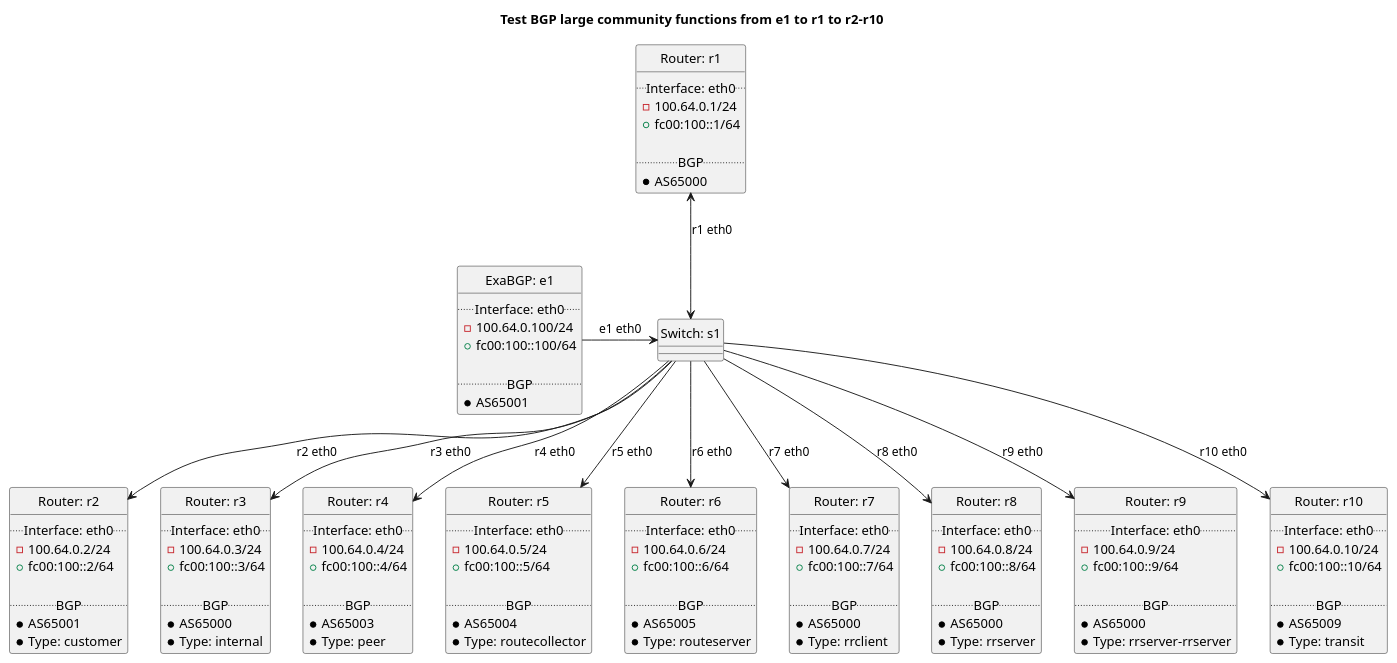
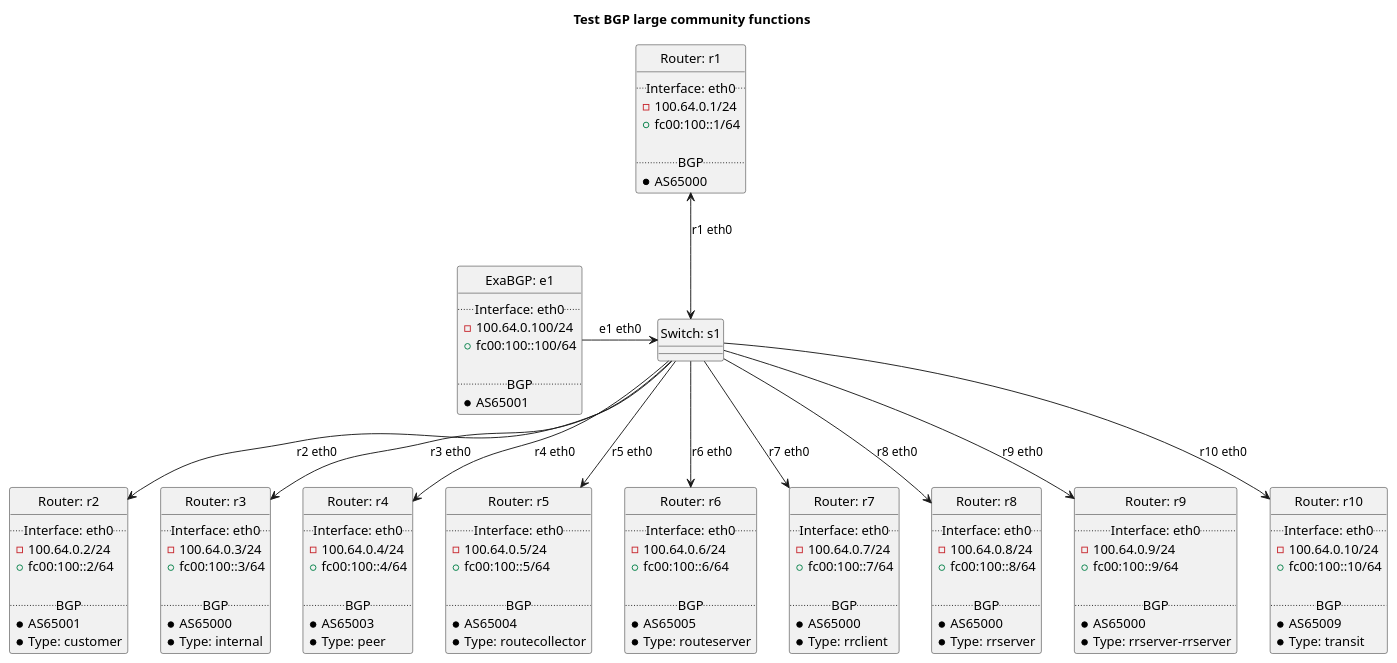
One commit to oscdev-io/birdplan changed the diagram in tests/t40_bgp/t51_community_functions/README.md. Above: the diagram before and after it, drawn with PlantUML. The commit also changed other lines of this file and 1499 other files, not shown here.

````diff
--- a/tests/t40_bgp/t51_community_functions/README.md
+++ b/tests/t40_bgp/t51_community_functions/README.md
@@ -16,7 +16,7 @@
 ```plantuml
 @startuml
 hide circle
-title Test BGP large community functions from e1 to r1 to r2-r10
+title Test BGP large community functions
 
 
 class "Router: r1" {
````
